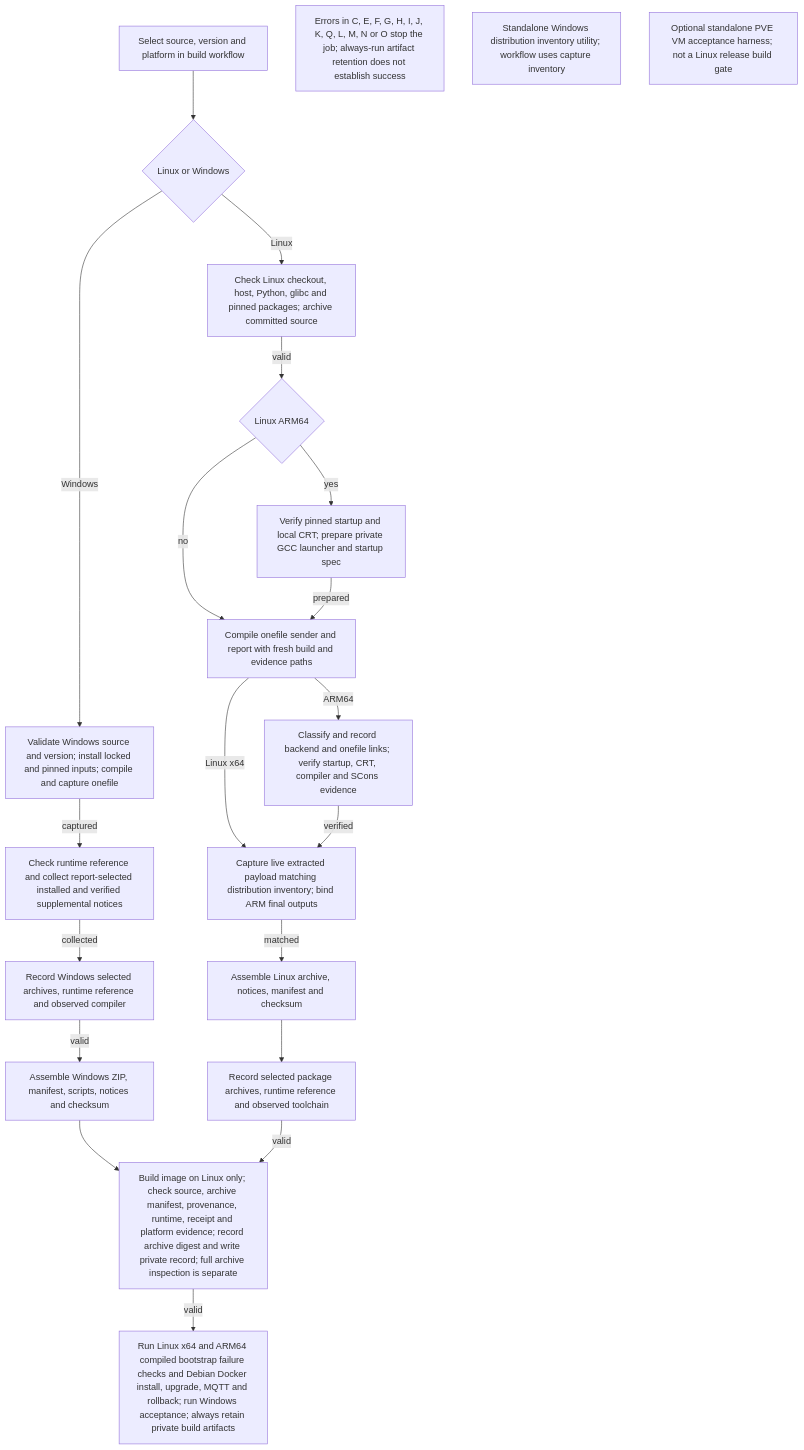
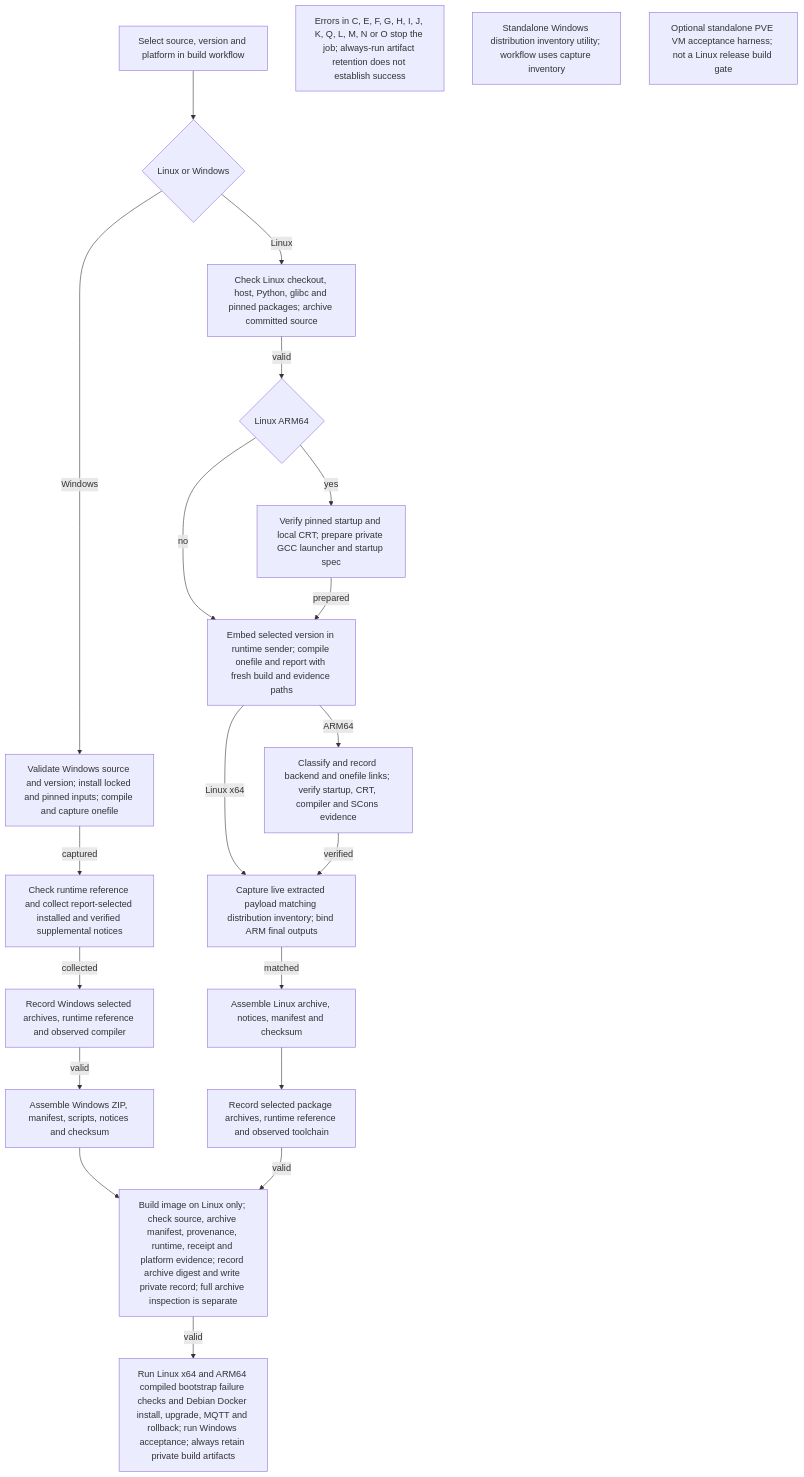
Before and after one commit to KarlSideProjects/hwmonitor-mqtt: the diagram in docs/flows/sender.build.mmd, drawn with Mermaid. The commit also changed 28 other files, not shown here.

Commit message:
feat: report installed sender version and streamline protected releases

```diff
--- a/docs/flows/sender.build.mmd
+++ b/docs/flows/sender.build.mmd
@@ -1,38 +1,38 @@
 flowchart TD
     A["Select source, version and platform in build workflow"]
     B{"Linux or Windows"}
     C["Check Linux checkout, host, Python, glibc and pinned packages; archive committed source"]
     D{"Linux ARM64"}
     E["Verify pinned startup and local CRT; prepare private GCC launcher and startup spec"]
-    F["Compile onefile sender and report with fresh build and evidence paths"]
+    F["Embed selected version in runtime sender; compile onefile and report with fresh build and evidence paths"]
     G["Classify and record backend and onefile links; verify startup, CRT, compiler and SCons evidence"]
     H["Capture live extracted payload matching distribution inventory; bind ARM final outputs"]
     I["Assemble Linux archive, notices, manifest and checksum"]
     J["Validate Windows source and version; install locked and pinned inputs; compile and capture onefile"]
     K["Check runtime reference and collect report-selected installed and verified supplemental notices"]
     Q["Record Windows selected archives, runtime reference and observed compiler"]
     L["Assemble Windows ZIP, manifest, scripts, notices and checksum"]
     M["Record selected package archives, runtime reference and observed toolchain"]
     N["Build image on Linux only; check source, archive manifest, provenance, runtime, receipt and platform evidence; record archive digest and write private record; full archive inspection is separate"]
     O["Run Linux x64 and ARM64 compiled bootstrap failure checks and Debian Docker install, upgrade, MQTT and rollback; run Windows acceptance; always retain private build artifacts"]
     P["Errors in C, E, F, G, H, I, J, K, Q, L, M, N or O stop the job; always-run artifact retention does not establish success"]
     R["Standalone Windows distribution inventory utility; workflow uses capture inventory"]
     S["Optional standalone PVE VM acceptance harness; not a Linux release build gate"]
     A --> B
     B -->|Linux| C
     B -->|Windows| J
     C -->|valid| D
     D -->|yes| E
     D -->|no| F
     E -->|prepared| F
     F -->|ARM64| G
     F -->|Linux x64| H
     G -->|verified| H
     H -->|matched| I
     J -->|captured| K
     K -->|collected| Q
     Q -->|valid| L
     I --> M
     L --> N
     M -->|valid| N
     N -->|valid| O
```
